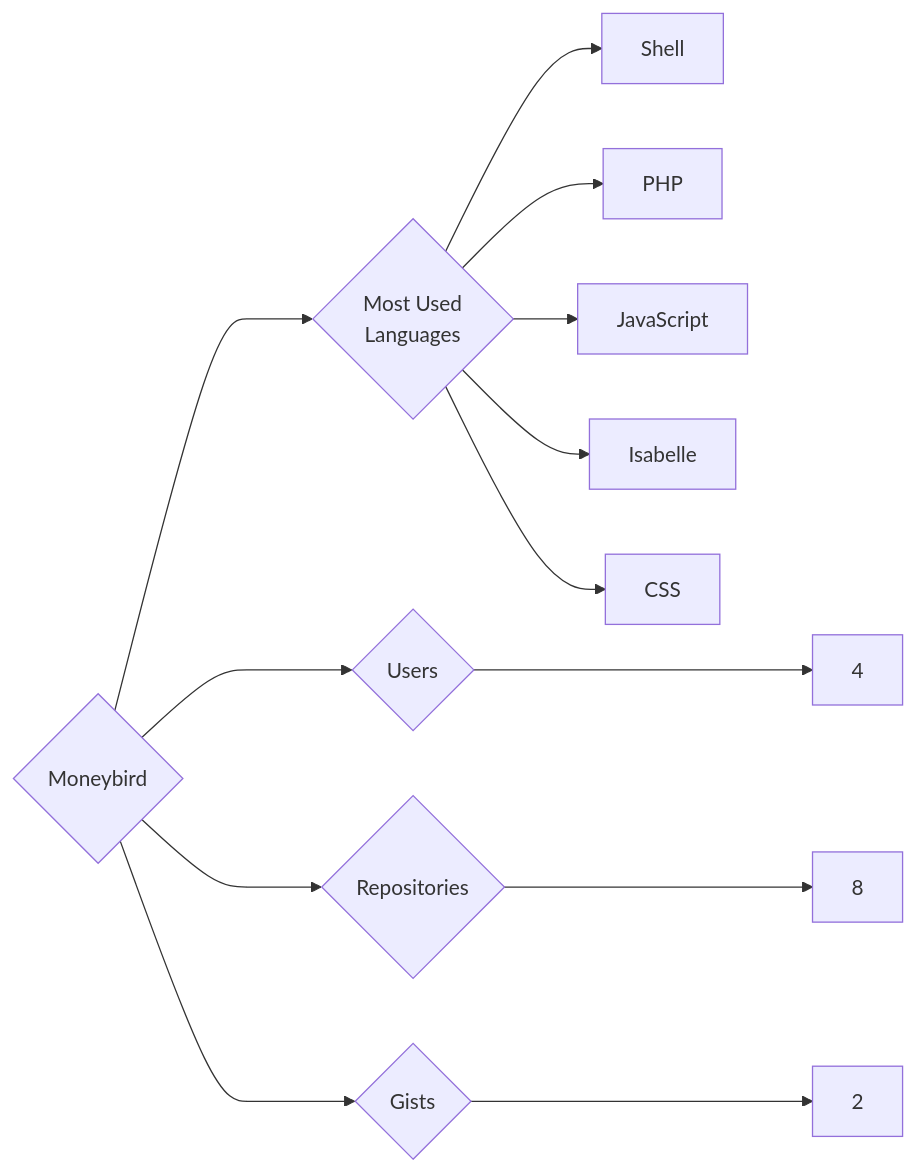
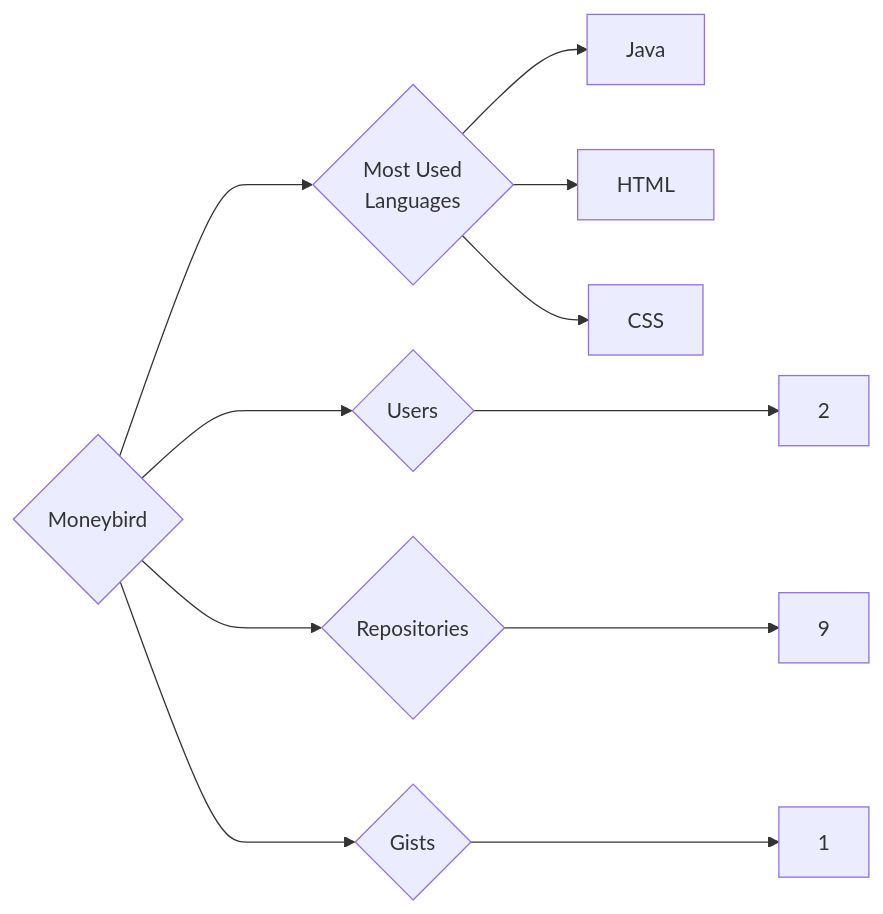
The diagram in targets/Moneybird/README.md (trickest/insiders), drawn with Mermaid before and after one commit. The commit also changed 787 other files, not shown here.

````diff
--- a/targets/Moneybird/README.md
+++ b/targets/Moneybird/README.md
@@ -3,13 +3,11 @@
 ```mermaid
 graph LR
 COMPANY_NAME{Moneybird}
-COMPANY_NAME ---> U{Users} ---> UN[4]
-COMPANY_NAME ---> R{Repositories} ---> RN[8]
-COMPANY_NAME ---> G{Gists} ---> GN[2]
+COMPANY_NAME ---> U{Users} ---> UN[2]
+COMPANY_NAME ---> R{Repositories} ---> RN[9]
+COMPANY_NAME ---> G{Gists} ---> GN[1]
 COMPANY_NAME ---> ML{Most Used<br>Languages}
-ML --> Shell[Shell]
-ML --> PHP[PHP]
-ML --> JavaScript[JavaScript]
-ML --> Isabelle[Isabelle]
+ML --> Java[Java]
+ML --> HTML[HTML]
 ML --> CSS[CSS]
 ```
````
